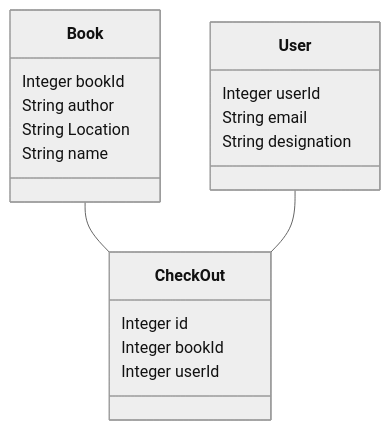
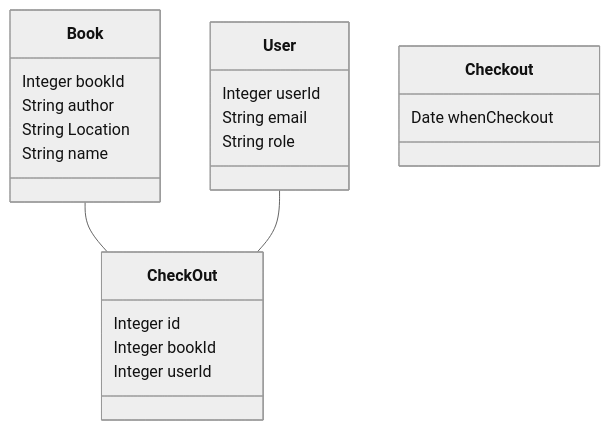
One commit to dmavani25/DivineManuscriptsDB changed the diagram in docs/phase1.md. Above: the diagram before and after it, drawn with Mermaid (neutral theme).

Commit message:
minor changes

````diff
--- a/docs/phase1.md
+++ b/docs/phase1.md
@@ -3,22 +3,23 @@
 ```mermaid
 classDiagram
     class User
     User : Integer userId
     User : String email
-    User : String designation
+    User : String role
 
     class Book
     Book : Integer bookId
     Book : String author
     Book : String Location 
     Book : String name
 
 
     class CheckOut
     CheckOut : Integer id
     CheckOut : Integer bookId
     CheckOut : Integer userId 
+    Checkout : Date whenCheckout
 
     Book -- CheckOut
     User -- CheckOut
 ```
````
